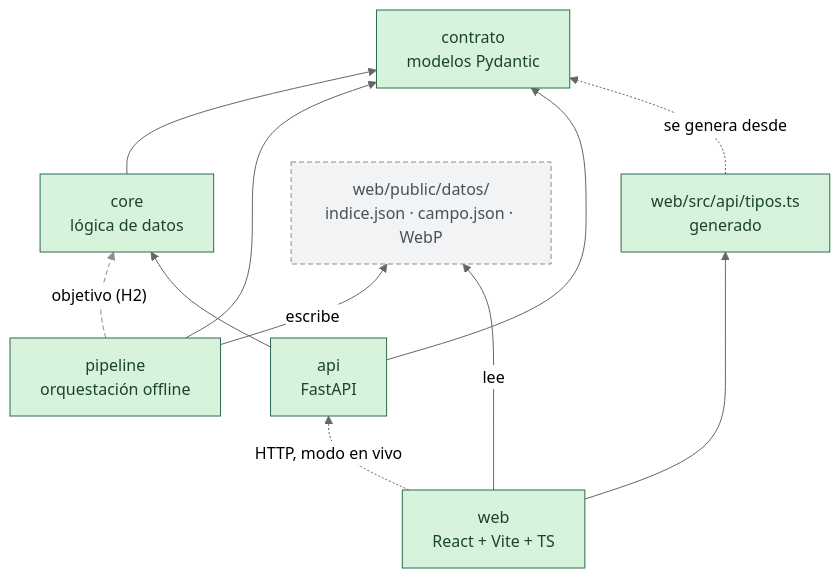
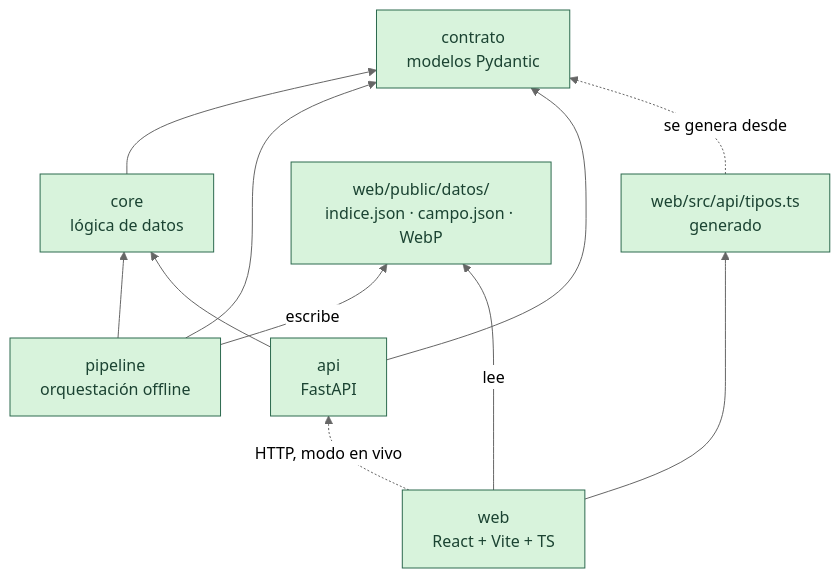
One commit to lautaromoreyraa/spherex-blink changed the third of 10 diagrams in README.md. Above: the diagram before and after it, drawn with Mermaid (neutral theme). The commit also changed other lines of this file, not shown here.

First line of the commit message:
RNF-12: Reescribe el README con el pipeline de datos real

````diff
--- a/README.md
+++ b/README.md
@@ -111,25 +111,24 @@
 ```mermaid
 flowchart BT
     contrato["contrato<br/>modelos Pydantic"]:::hecho
     core["core<br/>lógica de datos"]:::hecho
     pipeline["pipeline<br/>orquestación offline"]:::hecho
     api["api<br/>FastAPI"]:::hecho
     tipos["web/src/api/tipos.ts<br/>generado"]:::hecho
-    datos["web/public/datos/<br/>indice.json · campo.json · WebP"]:::objetivo
+    datos["web/public/datos/<br/>indice.json · campo.json · WebP"]:::hecho
     web["web<br/>React + Vite + TS"]:::hecho
 
     core --> contrato
-    pipeline -. "objetivo (H2)" .-> core
+    pipeline --> core
     pipeline --> contrato
     api --> core
     api --> contrato
     tipos -. "se genera desde" .-> contrato
     web --> tipos
     pipeline -- "escribe" --> datos
     web -- "lee" --> datos
     web -. "HTTP, modo en vivo" .-> api
 
-    linkStyle 1 stroke:#868e96,stroke-dasharray:5 3
     classDef hecho fill:#d8f3dc,stroke:#2d6a4f,color:#1b4332
     classDef objetivo fill:#f1f3f5,stroke:#868e96,stroke-dasharray:5 3,color:#495057
 ```
````
